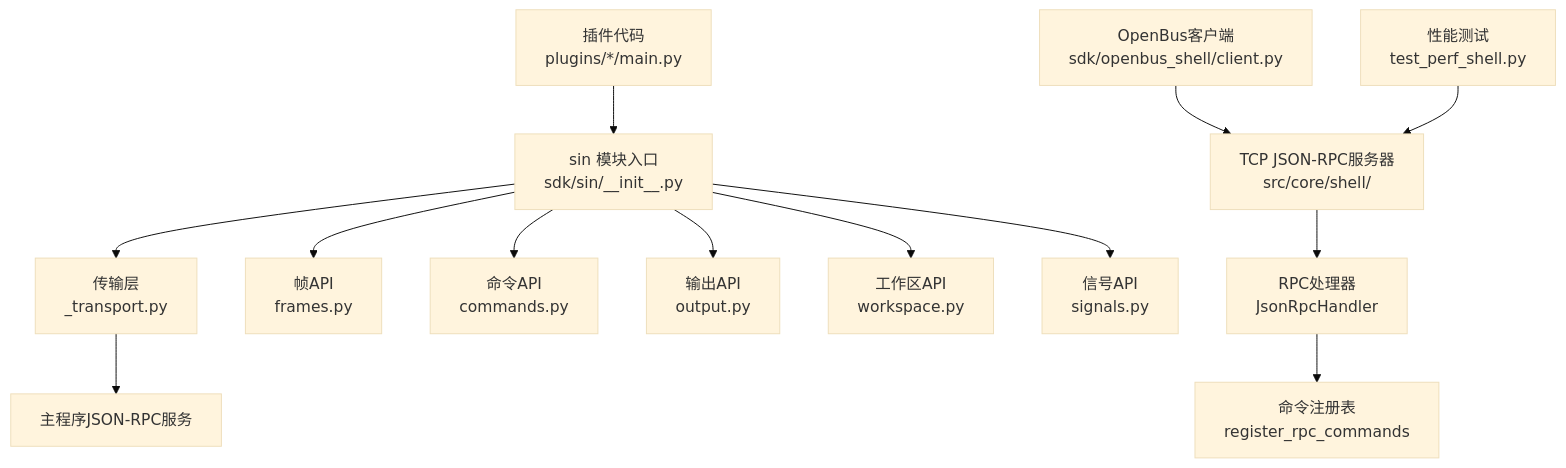
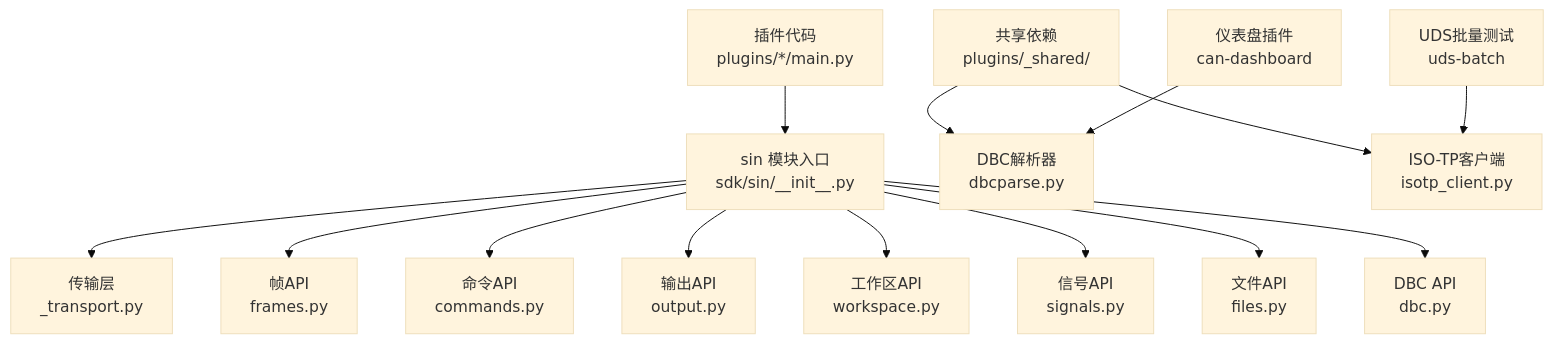
Before and after one commit to jakecai1225-design/OpenBus: the first of 7 diagrams in .qoder/repowiki/zh/content/开发指南/Python SDK开发指南.md, drawn with Mermaid (base theme). The commit also changed other lines of this file and 151 other files, not shown here.

````diff
--- a/.qoder/repowiki/zh/content/开发指南/Python SDK开发指南.md
+++ b/.qoder/repowiki/zh/content/开发指南/Python SDK开发指南.md
@@ -60,15 +61,16 @@
 ```mermaid
 graph TB
 A["插件代码<br/>plugins/*/main.py"] --> B["sin 模块入口<br/>sdk/sin/__init__.py"]
 B --> C["传输层<br/>_transport.py"]
 B --> D["帧API<br/>frames.py"]
 B --> E["命令API<br/>commands.py"]
 B --> F["输出API<br/>output.py"]
 B --> G["工作区API<br/>workspace.py"]
 B --> H["信号API<br/>signals.py"]
-C --> I["主程序JSON-RPC服务"]
-J["OpenBus客户端<br/>sdk/openbus_shell/client.py"] --> K["TCP JSON-RPC服务器<br/>src/core/shell/"]
-K --> L["RPC处理器<br/>JsonRpcHandler"]
-L --> M["命令注册表<br/>register_rpc_commands"]
-N["性能测试<br/>test_perf_shell.py"] --> K
+B --> I["文件API<br/>files.py"]
+B --> J["DBC API<br/>dbc.py"]
+K["共享依赖<br/>plugins/_shared/"] --> L["DBC解析器<br/>dbcparse.py"]
+K --> M["ISO-TP客户端<br/>isotp_client.py"]
+N["仪表盘插件<br/>can-dashboard"] --> L
+O["UDS批量测试<br/>uds-batch"] --> M
 ```
````
